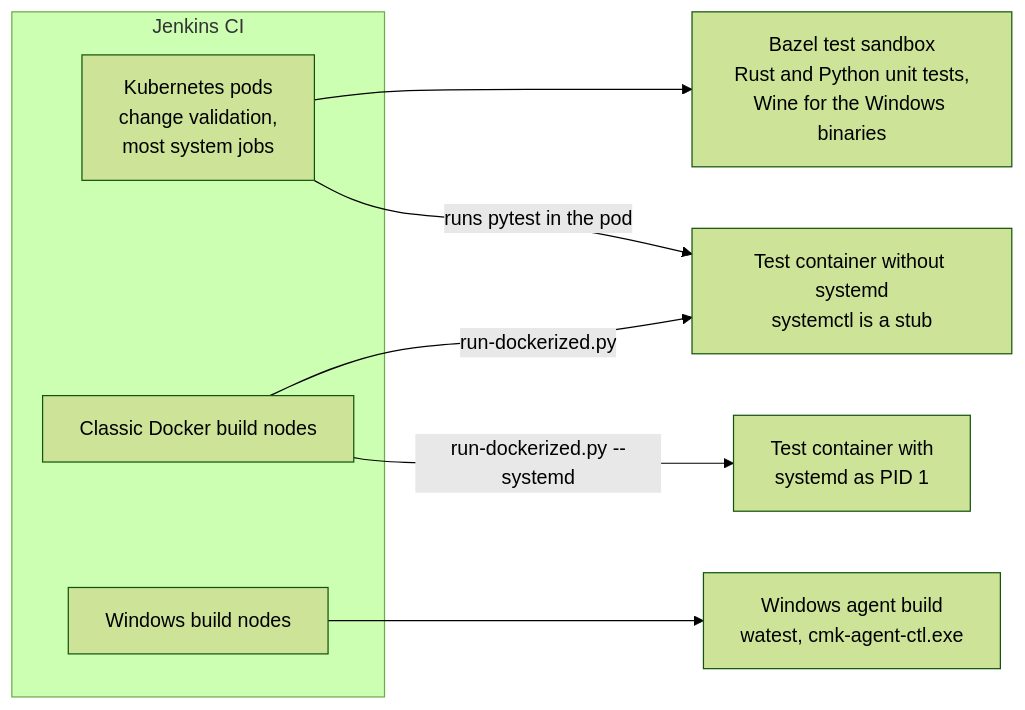
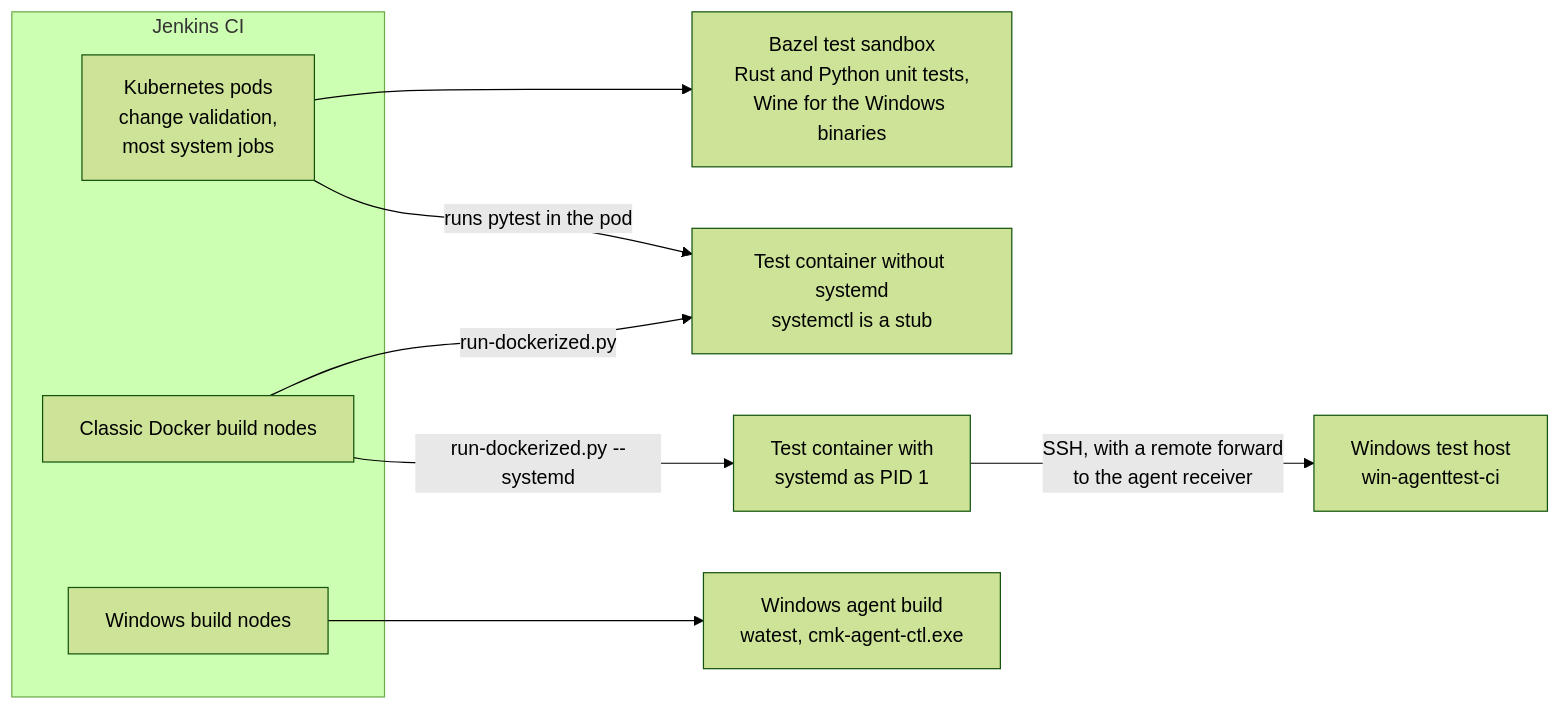
One commit to Checkmk/checkmk changed the diagram in packages/cmk-agent-ctl/tests/docs/test-systems.md. Above: the diagram before and after it, drawn with Mermaid (forest theme). The commit also changed other lines of this file and 1 other file, not shown here.

First line of the commit message:
agent updates: fixture for a Windows host

````diff
--- a/packages/cmk-agent-ctl/tests/docs/test-systems.md
+++ b/packages/cmk-agent-ctl/tests/docs/test-systems.md
@@ -5,19 +5,21 @@
 ```mermaid
 flowchart LR
     subgraph CI["Jenkins CI"]
         Pod["Kubernetes pods<br/>change validation,<br/>most system jobs"]
         Classic["Classic Docker build nodes"]
         Win["Windows build nodes"]
     end
 
     Sandbox["Bazel test sandbox<br/>Rust and Python unit tests,<br/>Wine for the Windows binaries"]
     Plain["Test container without systemd<br/>systemctl is a stub"]
     Systemd["Test container with<br/>systemd as PID 1"]
     WinBuild["Windows agent build<br/>watest, cmk-agent-ctl.exe"]
+    WinHost["Windows test host<br/>win-agenttest-ci"]
 
     Pod --> Sandbox
     Pod -- "runs pytest in the pod" --> Plain
     Classic -- "run-dockerized.py" --> Plain
     Classic -- "run-dockerized.py --systemd" --> Systemd
+    Systemd -- "SSH, with a remote forward<br/>to the agent receiver" --> WinHost
     Win --> WinBuild
 ```
````
